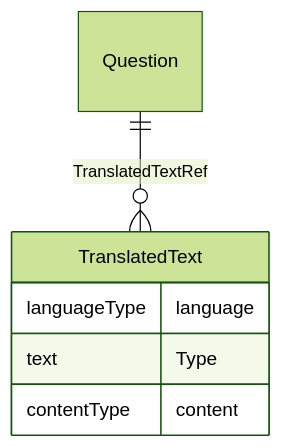
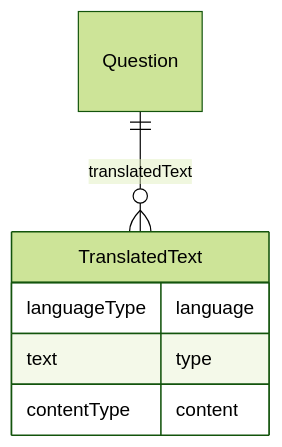
Before and after one commit to cdisc-org/DataExchange-ODM-LinkML: the diagram in docs/Question.md, drawn with Mermaid (forest theme). The commit also changed other lines of this file and 759 other files, not shown here.

````diff
--- a/docs/Question.md
+++ b/docs/Question.md
@@ -11,14 +11,14 @@
 ```mermaid
 erDiagram
 Question {
 
 }
 TranslatedText {
     languageType language  
-    text Type  
+    text type  
     contentType content  
 }
 
-Question ||--}o TranslatedText : "TranslatedTextRef"
+Question ||--}o TranslatedText : "translatedText"
 
 ```
````
